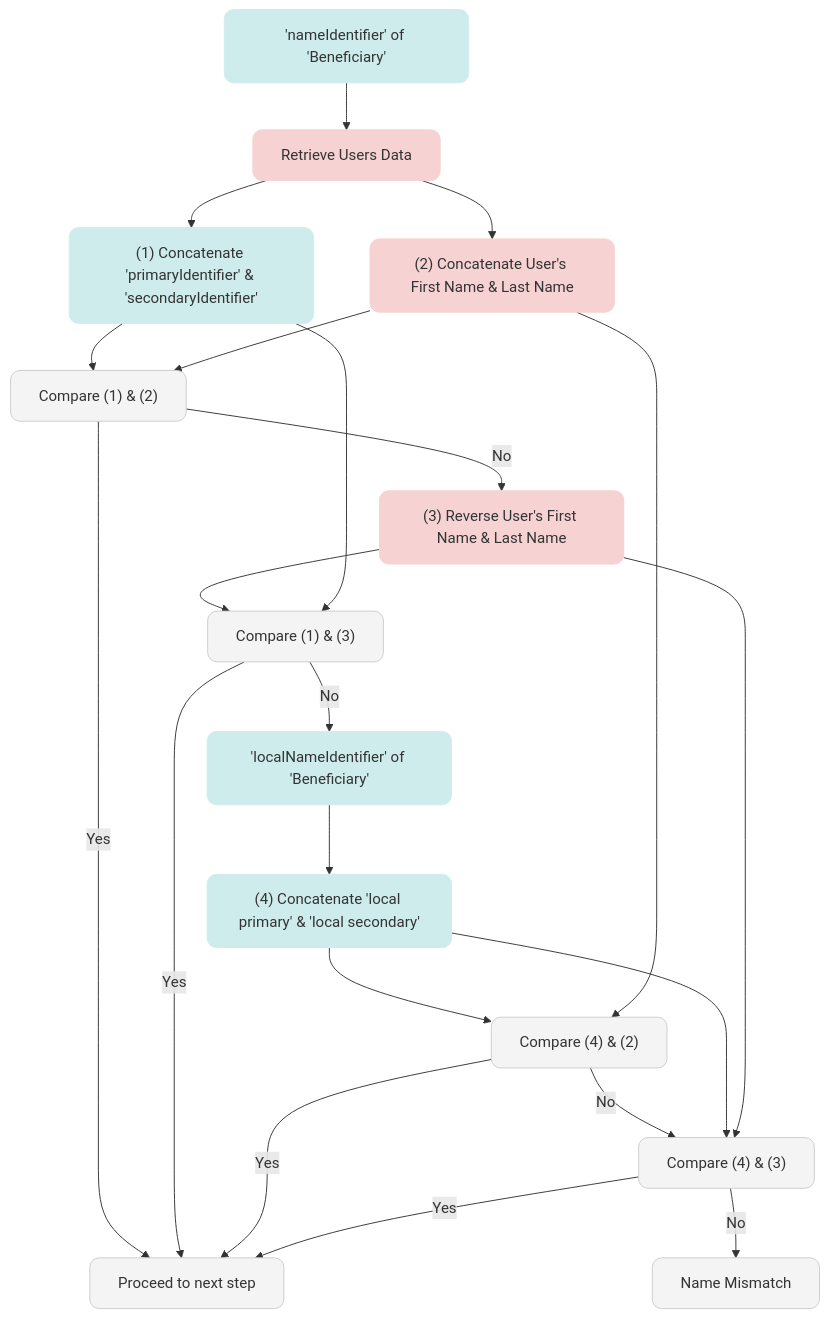
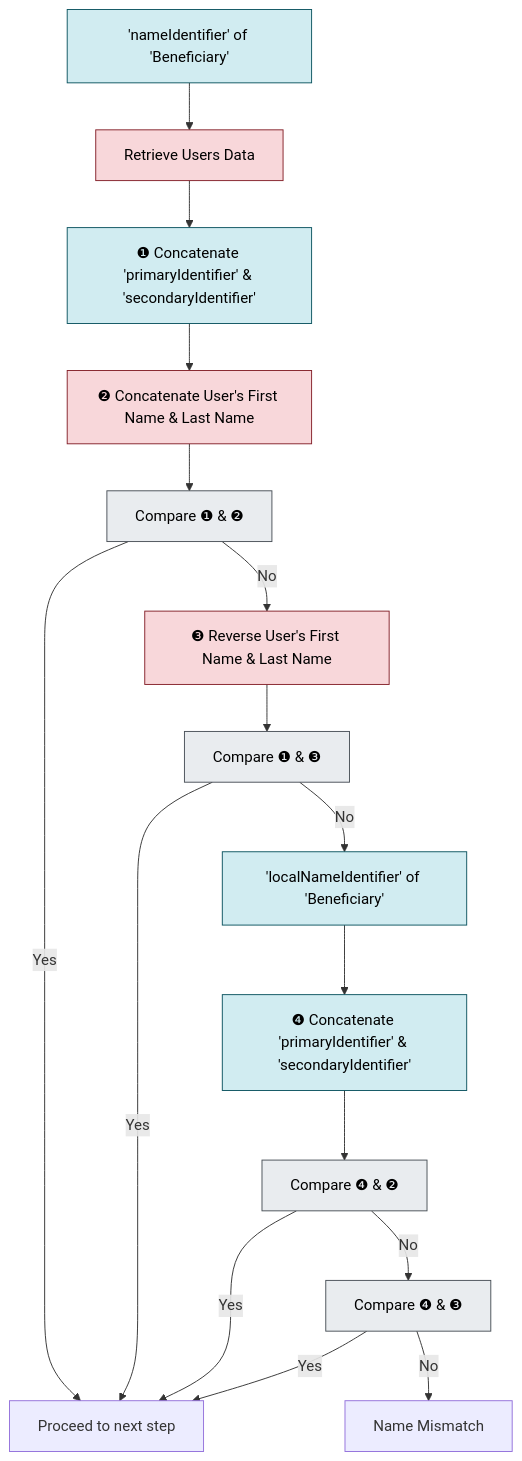
Before and after one commit to codevasp-lab/codevasp-skill: the third of 3 diagrams in skills/codevasp-core/references/guides/2_Development/06 - Verify Names.md, drawn with Mermaid. The commit also changed other lines of this file and 3 other files, not shown here.

Commit message:
Refactor flowcharts and fix minor formatting inconsistencies across development guides.

````diff
--- a/skills/codevasp-core/references/guides/2_Development/06 - Verify Names.md
+++ b/skills/codevasp-core/references/guides/2_Development/06 - Verify Names.md
@@ -177,67 +210,58 @@
 ```mermaid
 graph TD
-    %% Node Definitions
-    B_Name["'nameIdentifier' of 'Beneficiary'"]
+%% Node Definitions
+    Start["'nameIdentifier' of 'Beneficiary'"]
     Retrieve["Retrieve Users Data"]
-    
-    %% Counterparty Logic
-    Step1["(1) Concatenate 'primaryIdentifier' & 'secondaryIdentifier'"]
-    Step4["(4) Concatenate 'local primary' & 'local secondary'"]
-    
-    %% User Logic
-    Step2["(2) Concatenate User's First Name & Last Name"]
-    Step3["(3) Reverse User's First Name & Last Name"]
-    
-    %% Comparison Steps
-    Comp12["Compare (1) & (2)"]
-    Comp13["Compare (1) & (3)"]
-    Comp42["Compare (4) & (2)"]
-    Comp43["Compare (4) & (3)"]
-    
-    %% Outcomes
-    Next["Proceed to next step"]
+
+    Step1["❶ Concatenate 'primaryIdentifier' & 'secondaryIdentifier'"]
+    Step2["❷ Concatenate User's First Name & Last Name"]
+
+    Comp1["Compare ❶ & ❷"]
+
+    Step3["❸ Reverse User's First Name & Last Name"]
+    Comp2["Compare ❶ & ❸"]
+
     LocalID["'localNameIdentifier' of 'Beneficiary'"]
+    Step4["❹ Concatenate 'primaryIdentifier' & 'secondaryIdentifier'"]
+
+    Comp3["Compare ❹ & ❷"]
+    Comp4["Compare ❹ & ❸"]
+
+    Proceed["Proceed to next step"]
     Mismatch["Name Mismatch"]
 
-    %% Flow Connections
-    B_Name --> Retrieve
+%% Flow Connections
+    Start --> Retrieve
     Retrieve --> Step1
-    Retrieve --> Step2
-    
-    Step1 --> Comp12
-    Step2 --> Comp12
-    
-    Comp12 -- "Yes" --> Next
-    Comp12 -- "No" --> Step3
-    
-    Step3 --> Comp13
-    Step1 --> Comp13
-    
-    Comp13 -- "Yes" --> Next
-    Comp13 -- "No" --> LocalID
-    
+    Step1 --> Step2
+    Step2 --> Comp1
+
+    Comp1 -- "Yes" --> Proceed
+    Comp1 -- "No" --> Step3
+
+    Step3 --> Comp2
+    Comp2 -- "Yes" --> Proceed
+    Comp2 -- "No" --> LocalID
+
     LocalID --> Step4
-    Step4 --> Comp42
-    Step2 --> Comp42
-    
-    Comp42 -- "Yes" --> Next
-    Comp42 -- "No" --> Comp43
-    
-    Step4 --> Comp43
-    Step3 --> Comp43
-    
-    Comp43 -- "Yes" --> Next
-    Comp43 -- "No" --> Mismatch
+    Step4 --> Comp3
 
-    %% Styling Definitions
-    classDef counterparty fill:#cfecec,stroke:#cfecec,rx:10,ry:10
-    classDef you fill:#f6d2d2,stroke:#f6d2d2,rx:10,ry:10
-    classDef neutral fill:#f4f4f4,stroke:#ccc,rx:10,ry:10
+    Comp3 -- "Yes" --> Proceed
+    Comp3 -- "No" --> Comp4
 
-    %% Data from Counterparty (Teal)
-    class B_Name,Step1,LocalID,Step4 counterparty
-    %% Data from your DB (Pink)
-    class Retrieve,Step2,Step3 you
-    %% Comparisons and Outcomes (Gray)
-    class Comp12,Comp13,Comp42,Comp43,Next,Mismatch neutral
+    Comp4 -- "Yes" --> Proceed
+    Comp4 -- "No" --> Mismatch
+
+%% Styling based on original image legend
+    classDef requestData fill:#d1ecf1,stroke:#0c5460,color:#000;
+    classDef databaseData fill:#f8d7da,stroke:#842029,color:#000;
+    classDef logicStep fill:#e9ecef,stroke:#495057,color:#000,border-radius:20px;
+
+    class Start,Step1,LocalID,Step4 requestData;
+    class Retrieve,Step2,Step3 databaseData;
+    class Comp1,Comp2,Comp3,Comp4 logicStep;
+
+%% Explanatory Comments
+%% Blue Arrows represent the 'Yes' path in the original image.
+%% Red Arrows represent the 'No' path in the original image.
 ```
````
